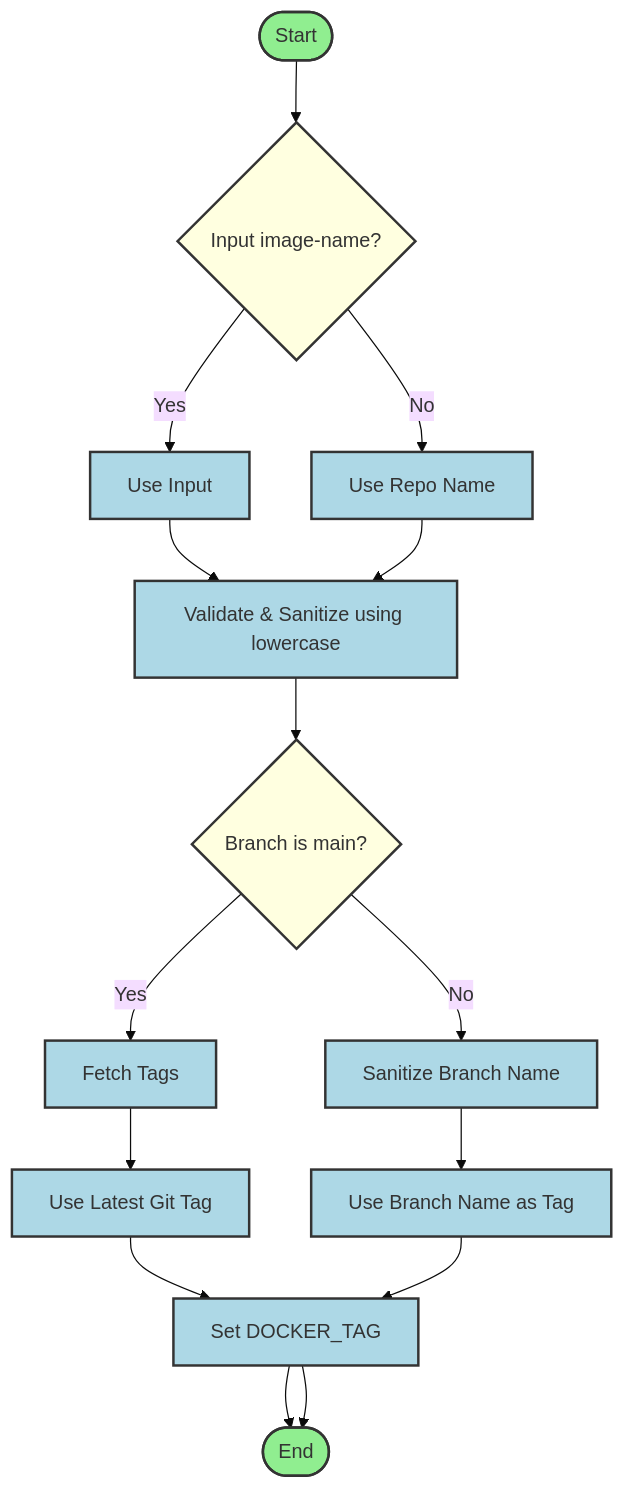
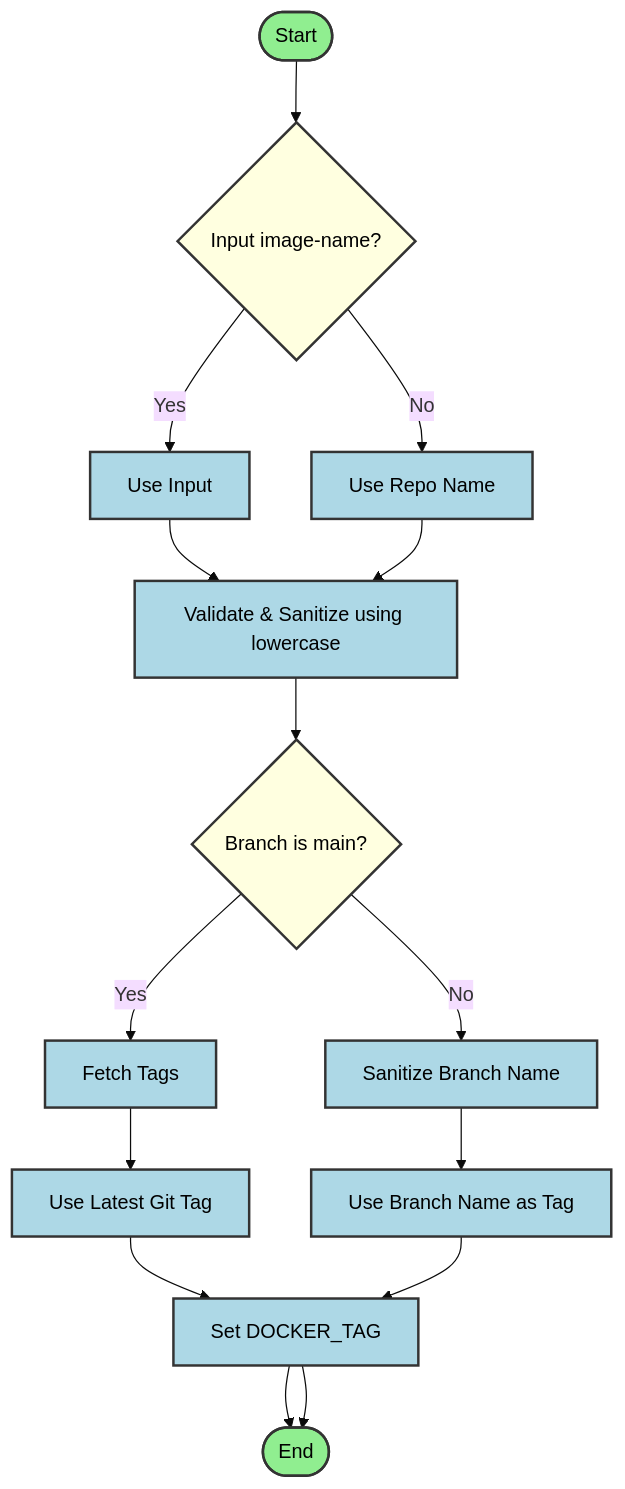
Before and after one commit to orbitcluster/oc-cicd-docker-build-workflow: the diagram in README.md, drawn with Mermaid (base theme).

Commit message:
docs: fix mermaid flowchart font color

````diff
--- a/README.md
+++ b/README.md
@@ -34,26 +34,26 @@
 ```mermaid
 flowchart TD
     Start([Start]) --> InputImage{Input image-name?}
     InputImage -- Yes --> UseInput[Use Input]
     InputImage -- No --> UseRepo[Use Repo Name]
     UseInput --> Validate[Validate & Sanitize using lowercase]
     UseRepo --> Validate
     Validate --> CheckBranch{Branch is main?}
     CheckBranch -- Yes --> FetchTags[Fetch Tags]
     FetchTags --> LatestTag[Use Latest Git Tag]
     LatestTag --> Output[Set DOCKER_TAG]
     CheckBranch -- No --> SanitizeBranch[Sanitize Branch Name]
     SanitizeBranch --> BranchTag[Use Branch Name as Tag]
     BranchTag --> Output
     Output --> End([End])
 
     Output --> End([End])
 
-    classDef startend fill:#90EE90,stroke:#333,stroke-width:2px;
-    classDef process fill:#ADD8E6,stroke:#333,stroke-width:2px;
-    classDef decision fill:#FFFFE0,stroke:#333,stroke-width:2px;
+    classDef startend fill:#90EE90,stroke:#333,stroke-width:2px,color:#000;
+    classDef process fill:#ADD8E6,stroke:#333,stroke-width:2px,color:#000;
+    classDef decision fill:#FFFFE0,stroke:#333,stroke-width:2px,color:#000;
 
     class Start,End startend;
     class UseInput,UseRepo,Validate,FetchTags,LatestTag,Output,SanitizeBranch,BranchTag process;
     class InputImage,CheckBranch decision;
 ```
````
